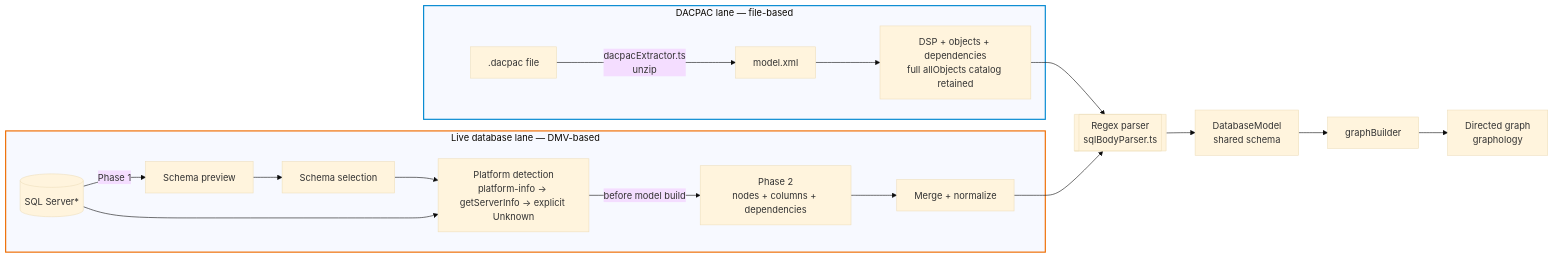
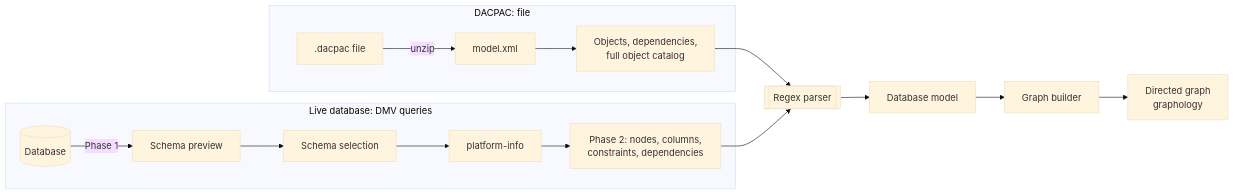
Before and after one commit to ChrisDevRepo/vscode_data_lineage: the first of 3 diagrams in docs/DEVELOPER_GUIDE.md, drawn with Mermaid (base theme). The commit also changed other lines of this file and 676 other files, not shown here.

First line of the commit message:
feat: column-trace contracts, architecture stabilization, and test framework separation

````diff
--- a/docs/DEVELOPER_GUIDE.md
+++ b/docs/DEVELOPER_GUIDE.md
@@ -79,22 +53,17 @@
 ```mermaid
 flowchart LR
-    subgraph DACPAC[DACPAC lane — file-based]
-        DP[.dacpac file] -->|dacpacExtractor.ts<br/>unzip| MX[model.xml]
-        MX --> DX["DSP + objects + dependencies<br/>full allObjects catalog retained"]
+    subgraph DACPAC[DACPAC: file]
+        DP[.dacpac file] -->|unzip| MX[model.xml]
+        MX --> DX[Objects, dependencies,<br/>full object catalog]
     end
-    subgraph LIVE[Live database lane — DMV-based]
-        SRV[(SQL Server*)] -->|Phase 1| CAT[Schema preview]
-        CAT --> SELECT[Schema selection]
-        SELECT --> PI["Platform detection<br/>platform-info → getServerInfo → explicit Unknown"]
-        SRV --> PI
-        PI -->|before model build| DDL["Phase 2<br/>nodes + columns + dependencies"]
-        DDL --> MERGE[Merge + normalize]
+    subgraph LIVE[Live database: DMV queries]
+        SRV[(Database)] -->|Phase 1| CAT[Schema preview]
+        CAT --> SEL[Schema selection]
+        SEL --> PI[platform-info]
+        PI --> DDL[Phase 2: nodes, columns,<br/>constraints, dependencies]
     end
-    DX --> PARSE[[Regex parser<br/>sqlBodyParser.ts]]
-    MERGE --> PARSE
-    PARSE --> DM[DatabaseModel<br/>shared schema]
-    DM --> GB[graphBuilder] --> G[Directed graph<br/>graphology]
-
-    style DACPAC stroke:#0288d1,stroke-width:2px
-    style LIVE stroke:#ef6c00,stroke-width:2px
+    DX --> PARSE[[Regex parser]]
+    DDL --> PARSE
+    PARSE --> DM[Database model]
+    DM --> GB[Graph builder] --> G[Directed graph<br/>graphology]
 ```
````
